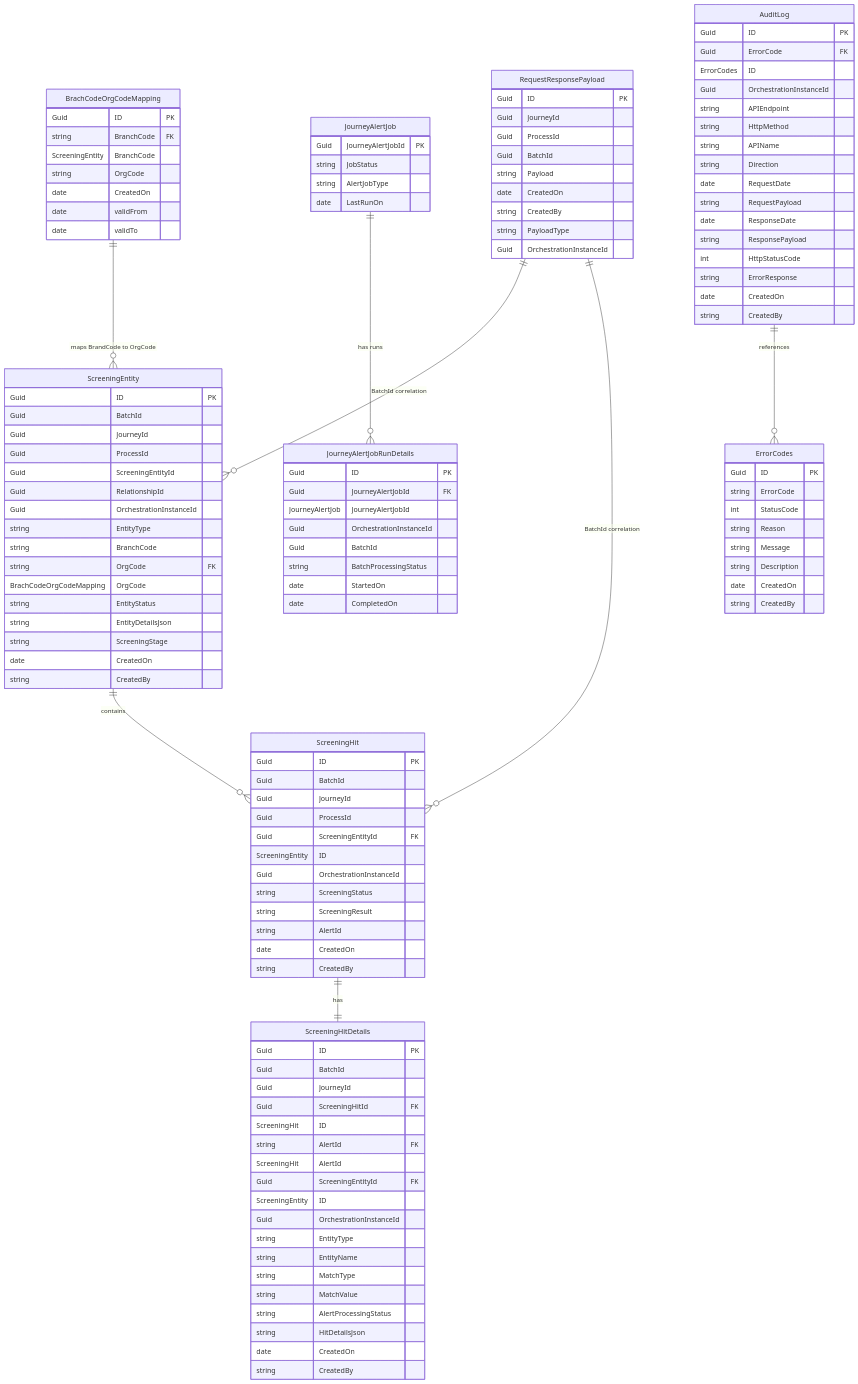
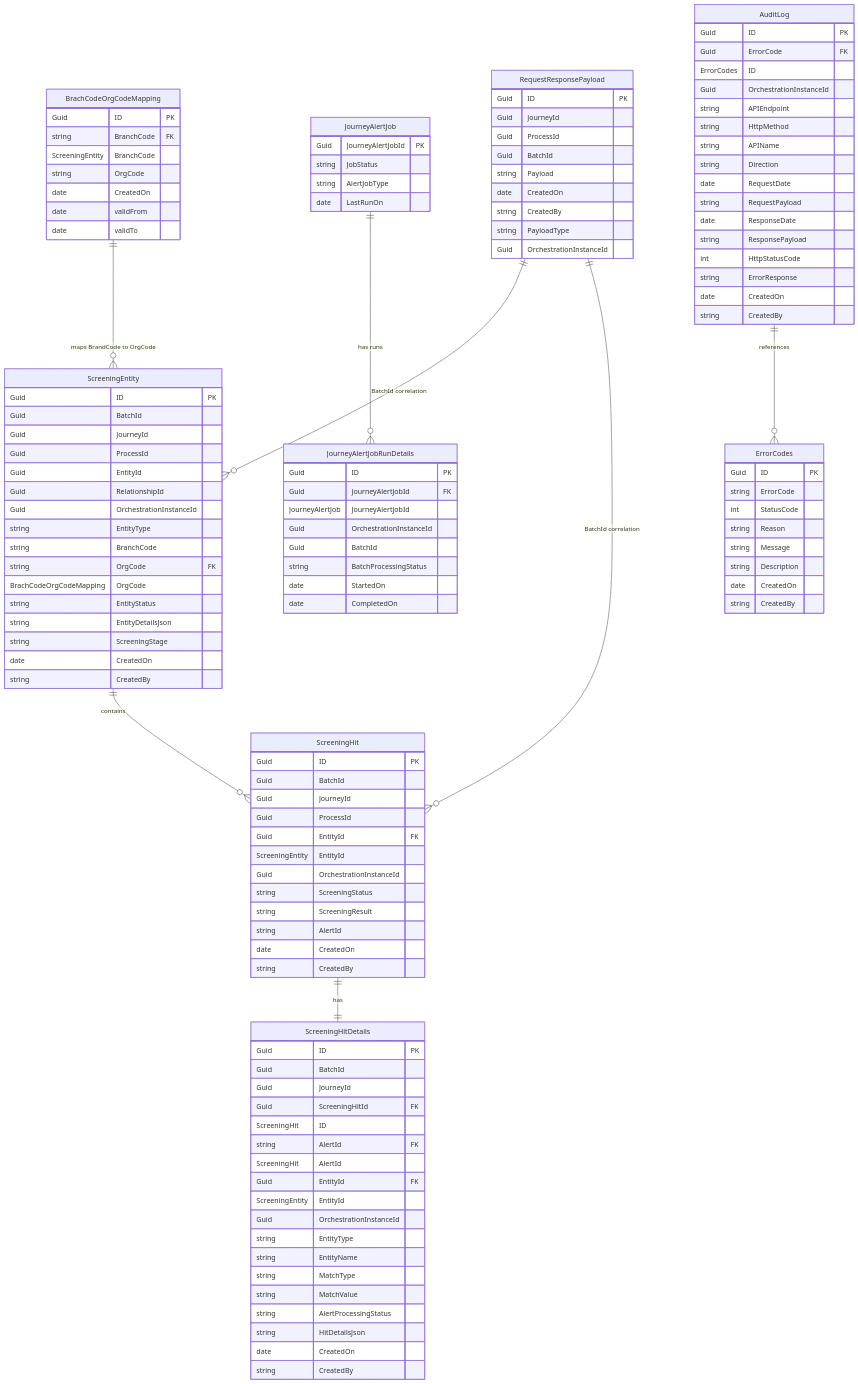
Before and after one commit to jojokoshy/Architecture_Diagrams_Python_AI: the diagram in Arch_Diagrams/v2/screenERD.mmd, drawn with Mermaid.

Commit message:
Update screenERD: rename ScreeningEntityId to EntityId for consistency in entity mapping

```diff
--- a/Arch_Diagrams/v2/screenERD.mmd
+++ b/Arch_Diagrams/v2/screenERD.mmd
@@ -1,152 +1,152 @@
 erDiagram
     %% FK label convention:
     %%  - Relationship labels use the format "SourceField -> TargetField" to show FK -> PK mappings.
     %%  - Example: ScreeningBatch }o--|| RequestResponsePayload : "ScreenRequestPayloadId -> ID"
     %%    means ScreeningBatch.ScreenRequestPayloadId references RequestResponsePayload.ID (FK -> PK).
     %%  - Multiplicity notation follows Mermaid ER style: || = one, }o = many/optional.
 
     RequestResponsePayload {
         Guid ID PK
         Guid JourneyId
         Guid ProcessId
         Guid BatchId
         string Payload
         date CreatedOn
         string CreatedBy
         string PayloadType
          %%% OrchestrationInstanceId is used to correlate multiple entities screened in the same orchestration instance. The instance id is from Azure Durable Functions.
         Guid OrchestrationInstanceId
         %% Notes:
         %% - JourneyId and ProcessId are intentionally duplicated in RequestResponsePayload for query convenience
         %%   (they should match the values in the parent ScreeningBatch row).
         %% - To guarantee exactly one Request and one Response per batch add a DB unique constraint:
         %%   UNIQUE(BatchId, PayloadType).
         %% - PayloadType values are expected to be 'JourneySuperGraphRequest' or 'JourneySuperGraphResponse' or EntitySuperGraphRequest or 'EntitySuperGraphResponse'
 
     }
     ScreeningEntity {
         Guid ID PK
         Guid BatchId
         Guid JourneyId
         Guid ProcessId
-        Guid ScreeningEntityId
+        Guid EntityId
         Guid RelationshipId
         %%% OrchestrationInstanceId is used to correlate multiple entities screened in the same orchestration instance. The instance id is from Azure Durable Functions.
         Guid OrchestrationInstanceId
         string EntityType
         %% e.g., for a person, this could be 'IND' for individual"
         string BranchCode 
         %% BranchCode will be used to Derive OrgCode from a Mapping Table
         string OrgCode FK BrachCodeOrgCodeMapping OrgCode
         string EntityStatus 
         string EntityDetailsJson
         string ScreeningStage
         date CreatedOn
         string CreatedBy
     }
     
     BrachCodeOrgCodeMapping {
         Guid ID PK
         string BranchCode FK ScreeningEntity BranchCode
         string OrgCode 
         date CreatedOn
         date validFrom
         date validTo
     }
 
     ScreeningHit {
         Guid ID PK
         Guid BatchId
         Guid JourneyId
         Guid ProcessId
-        Guid ScreeningEntityId FK ScreeningEntity ID
+        Guid EntityId FK ScreeningEntity EntityId
          %%% OrchestrationInstanceId is used to correlate multiple entities screened in the same orchestration instance. The instance id is from Azure Durable Functions.
         Guid OrchestrationInstanceId
         %%% The Screening Flag indicates if the Entity Triggered a Screening - Yes/No from NetReveal - Screening Field.
         string ScreeningStatus
         %%% If Screening Flag is Yes then Possible Values are Hit/NoHit as returned from NetReveal - Result Field in the XML
         string ScreeningResult
         %%% The AlertId is only returned if Screening is Yes
         string AlertId
         date CreatedOn
         string CreatedBy
     }
     
 
     ScreeningHitDetails {
         Guid ID PK
         Guid BatchId
         Guid JourneyId
         Guid ScreeningHitId FK ScreeningHit ID
         string AlertId FK ScreeningHit AlertId
-        Guid ScreeningEntityId FK ScreeningEntity ID
+        Guid EntityId FK ScreeningEntity EntityId
          %%% OrchestrationInstanceId is used to correlate multiple entities screened in the same orchestration instance. The instance id is from Azure Durable Functions.
         Guid OrchestrationInstanceId
         string EntityType
         string EntityName
         string MatchType
         string MatchValue
         string AlertProcessingStatus
         string HitDetailsJson
         date CreatedOn
         string CreatedBy
 
     }
     
     JourneyAlertJob {
         Guid JourneyAlertJobId PK
         string JobStatus
         %% This will store values to indicate if the alert job is using NetReveal as Alert source or the Database as Alert source ( used for proceessing open alerts)
         string AlertJobType
         date LastRunOn
         
     }
     JourneyAlertJobRunDetails {
         Guid ID PK
         Guid JourneyAlertJobId FK JourneyAlertJob JourneyAlertJobId
          %%% OrchestrationInstanceId is used to correlate multiple entities screened in the same orchestration instance. The instance id is from Azure Durable Functions.
         Guid OrchestrationInstanceId
         Guid BatchId
         string BatchProcessingStatus
         date StartedOn
         date CompletedOn
     }
 
     AuditLog {
         Guid ID PK
         Guid ErrorCode FK ErrorCodes ID
          %%% OrchestrationInstanceId is used to correlate multiple entities screened in the same orchestration instance. The instance id is from Azure Durable Functions.
         Guid OrchestrationInstanceId
         string APIEndpoint
         string HttpMethod
         string APIName
         string Direction
         date RequestDate
         string RequestPayload
         date ResponseDate
         string ResponsePayload
         int HttpStatusCode
         string ErrorResponse
         date CreatedOn
         string CreatedBy
     }
     
 
     ErrorCodes {
         Guid ID PK
         string ErrorCode
         int StatusCode
         string Reason
         string Message
         string Description
         date CreatedOn
         string CreatedBy
     }
     
 
     
     ScreeningEntity ||--o{ ScreeningHit : contains
     ScreeningHit ||--|| ScreeningHitDetails : has
     AuditLog ||--o{ ErrorCodes : references    JourneyAlertJob ||--o{ JourneyAlertJobRunDetails : "has runs"
     BrachCodeOrgCodeMapping ||--o{ ScreeningEntity : "maps BrandCode to OrgCode"RequestResponsePayload ||--o{ ScreeningEntity : "BatchId correlation"
 RequestResponsePayload ||--o{ ScreeningHit : "BatchId correlation"
```
